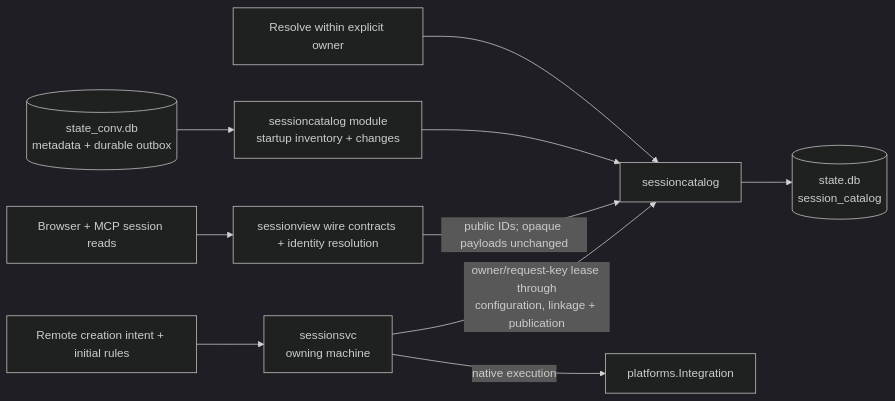
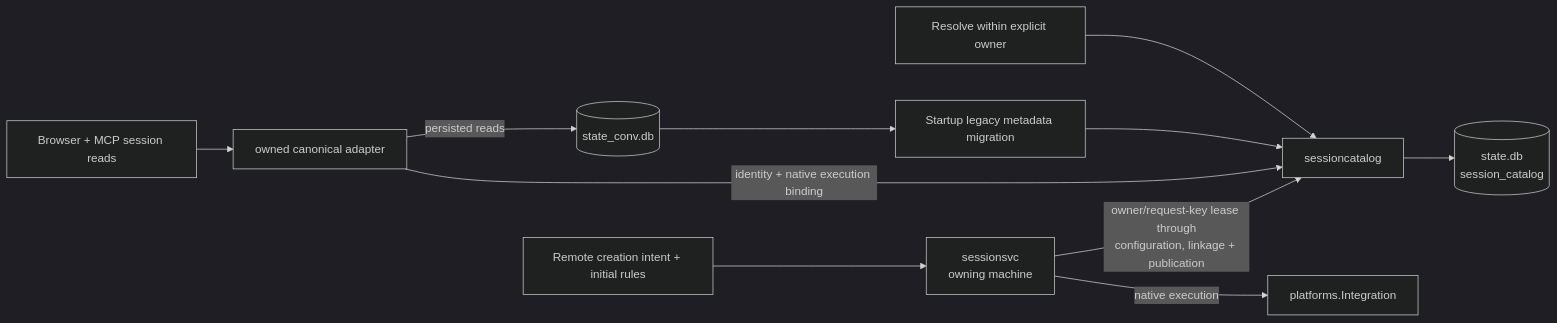
One commit to ocman/ocman changed the fifth of 13 diagrams in docs/other/architecture.md. Above: the diagram before and after it, drawn with Mermaid (dark theme). The commit also changed other lines of this file and 88 other files, not shown here.

````diff
--- a/docs/other/architecture.md
+++ b/docs/other/architecture.md
@@ -531,12 +530,13 @@
 ```mermaid
 flowchart LR
     Remote[Remote creation intent + initial rules] --> Sessions[sessionsvc<br/>owning machine]
     Sessions -->|owner/request-key lease through<br/>configuration, linkage + publication| Catalogue[sessioncatalog]
     Sessions -->|native execution| Platform[platforms.Integration]
-    Browser[Browser + MCP session reads] --> View[sessionview wire contracts + identity resolution]
-    View -->|public IDs; opaque payloads unchanged| Catalogue
-    History[(state_conv.db<br/>metadata + durable outbox)] --> Indexer[sessioncatalog module<br/>startup inventory + changes]
-    Indexer --> Catalogue
+    Browser[Browser + MCP session reads] --> Adapter[owned canonical adapter]
+    Adapter -->|persisted reads| History[(state_conv.db)]
+    Adapter -->|identity + native execution binding| Catalogue
+    History --> Migration[Startup legacy metadata migration]
+    Migration --> Catalogue
     Catalogue --> State[(state.db<br/>session_catalog)]
     Resolve[Resolve within explicit owner] --> Catalogue
 ```
````
